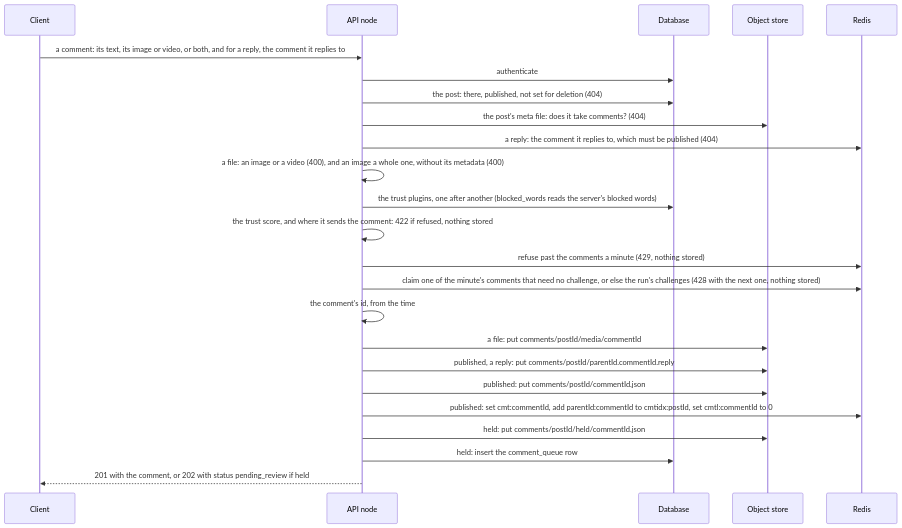
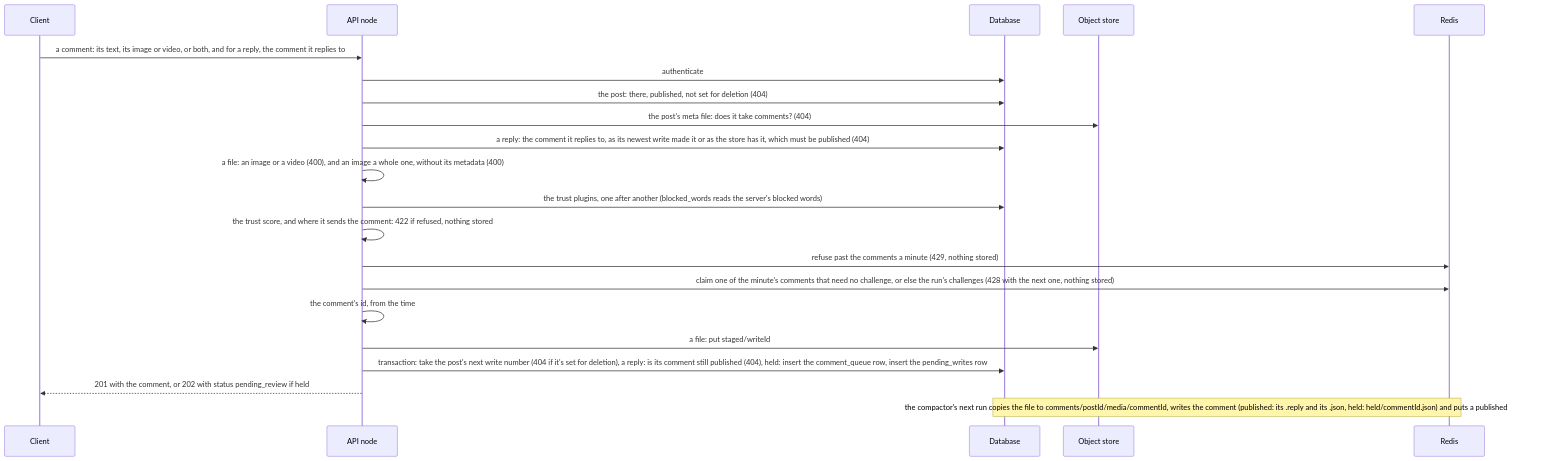
Before and after one commit to techfalos/evieverse: the fifth of 8 diagrams in docs/APP.md, drawn with Mermaid. The commit also changed other lines of this file and 95 other files, not shown here.

````diff
--- a/docs/APP.md
+++ b/docs/APP.md
@@ -728,26 +785,23 @@
 ```mermaid
 sequenceDiagram
   participant C as Client
   participant A as API node
   participant DB as Database
   participant OS as Object store
   participant R as Redis
   C->>A: a comment: its text, its image or video, or both, and for a reply, the comment it replies to
   A->>DB: authenticate
   A->>DB: the post: there, published, not set for deletion (404)
   A->>OS: the post's meta file: does it take comments? (404)
-  A->>R: a reply: the comment it replies to, which must be published (404)
+  A->>DB: a reply: the comment it replies to, as its newest write made it or as the store has it, which must be published (404)
   A->>A: a file: an image or a video (400), and an image a whole one, without its metadata (400)
   A->>DB: the trust plugins, one after another (blocked_words reads the server's blocked words)
   A->>A: the trust score, and where it sends the comment: 422 if refused, nothing stored
   A->>R: refuse past the comments a minute (429, nothing stored)
   A->>R: claim one of the minute's comments that need no challenge, or else the run's challenges (428 with the next one, nothing stored)
   A->>A: the comment's id, from the time
-  A->>OS: a file: put comments/postId/media/commentId
-  A->>OS: published, a reply: put comments/postId/parentId.commentId.reply
-  A->>OS: published: put comments/postId/commentId.json
-  A->>R: published: set cmt:commentId, add parentId:commentId to cmtidx:postId, set cmtl:commentId to 0
-  A->>OS: held: put comments/postId/held/commentId.json
-  A->>DB: held: insert the comment_queue row
+  A->>OS: a file: put staged/writeId
+  A->>DB: transaction: take the post's next write number (404 if it's set for deletion), a reply: is its comment still published (404), held: insert the comment_queue row, insert the pending_writes row
   A-->>C: 201 with the comment, or 202 with status pending_review if held
+  Note over DB,R: the compactor's next run copies the file to comments/postId/media/commentId, writes the comment (published: its .reply and its .json, held: held/commentId.json) and puts a published one in Redis
 ```
````
